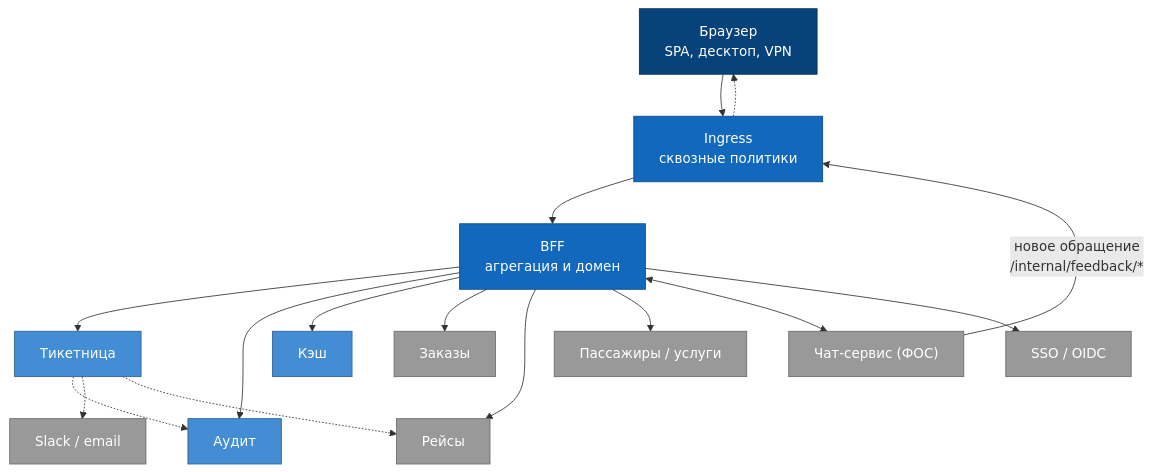
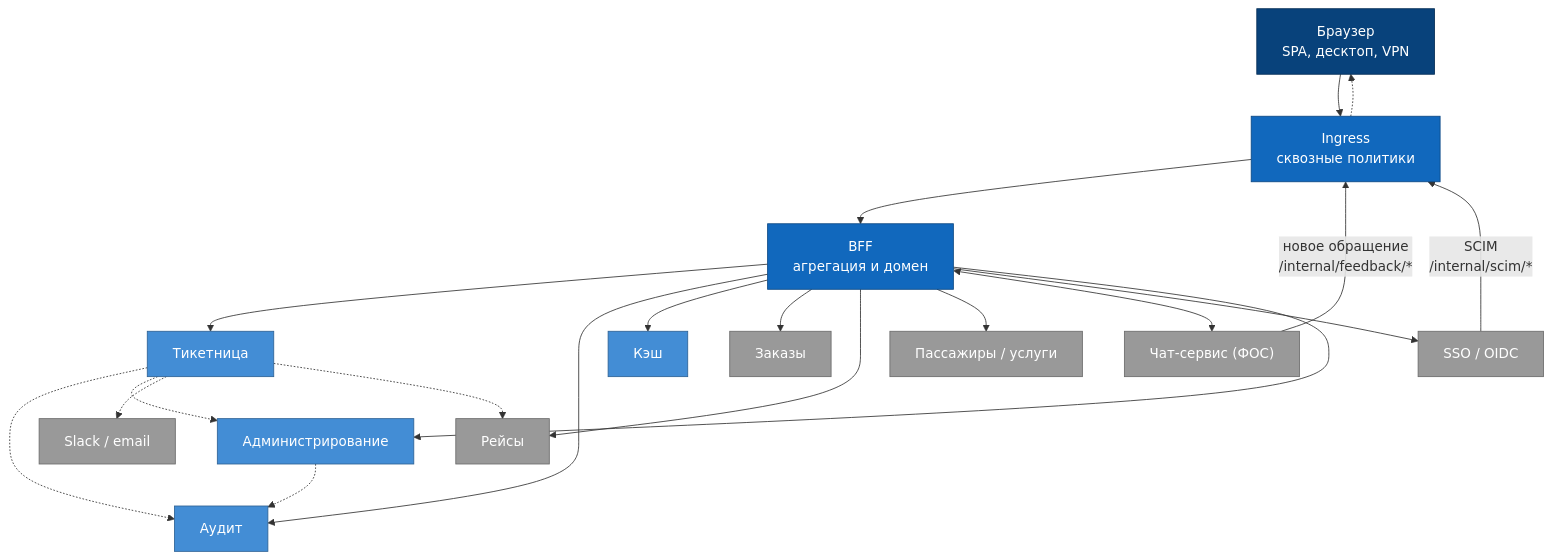
The first of 2 diagrams in docs/views/entry-layer.md (lionlimon/otus_lessons), drawn with Mermaid before and after one commit. The commit also changed other lines of this file and 9 other files, not shown here.

````diff
--- a/docs/views/entry-layer.md
+++ b/docs/views/entry-layer.md
@@ -9,32 +9,36 @@
 ```mermaid
 graph TB
     B["Браузер<br/>SPA, десктоп, VPN"]
 
     B --> I["Ingress<br/>сквозные политики"]
     I --> F["BFF<br/>агрегация и домен"]
 
     F --> T["Тикетница"]
     F --> AU["Аудит"]
     F --> C["Кэш"]
     F --> O["Заказы"]
     F --> FL["Рейсы"]
     F --> P["Пассажиры / услуги"]
     F <--> CH["Чат-сервис (ФОС)"]
     F --> ID["SSO / OIDC"]
+    F --> AD["Администрирование"]
     CH -->|"новое обращение<br/>/internal/feedback/*"| I
+    ID -->|"SCIM<br/>/internal/scim/*"| I
 
     I -.-> B
     T -.-> AU
+    T -.-> AD
+    AD -.-> AU
     T -.-> SL["Slack / email"]
     T -.-> FL
 
     classDef client fill:#08427b,stroke:#052e56,color:#ffffff;
     classDef entry fill:#1168bd,stroke:#0b4884,color:#ffffff;
     classDef svc fill:#438dd5,stroke:#2e6295,color:#ffffff;
     classDef ext fill:#999999,stroke:#6b6b6b,color:#ffffff;
 
     class B client
     class I,F entry
-    class T,AU,C svc
+    class T,AU,C,AD svc
     class O,FL,P,CH,ID,SL ext
 ```
````
